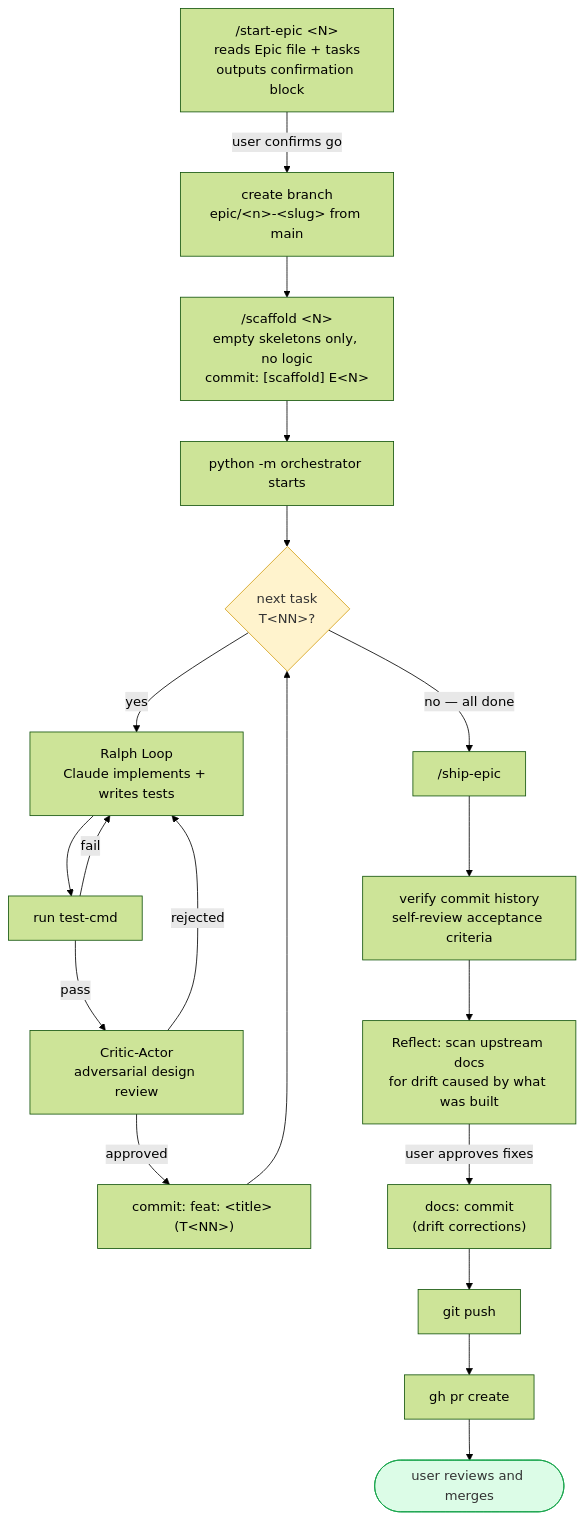
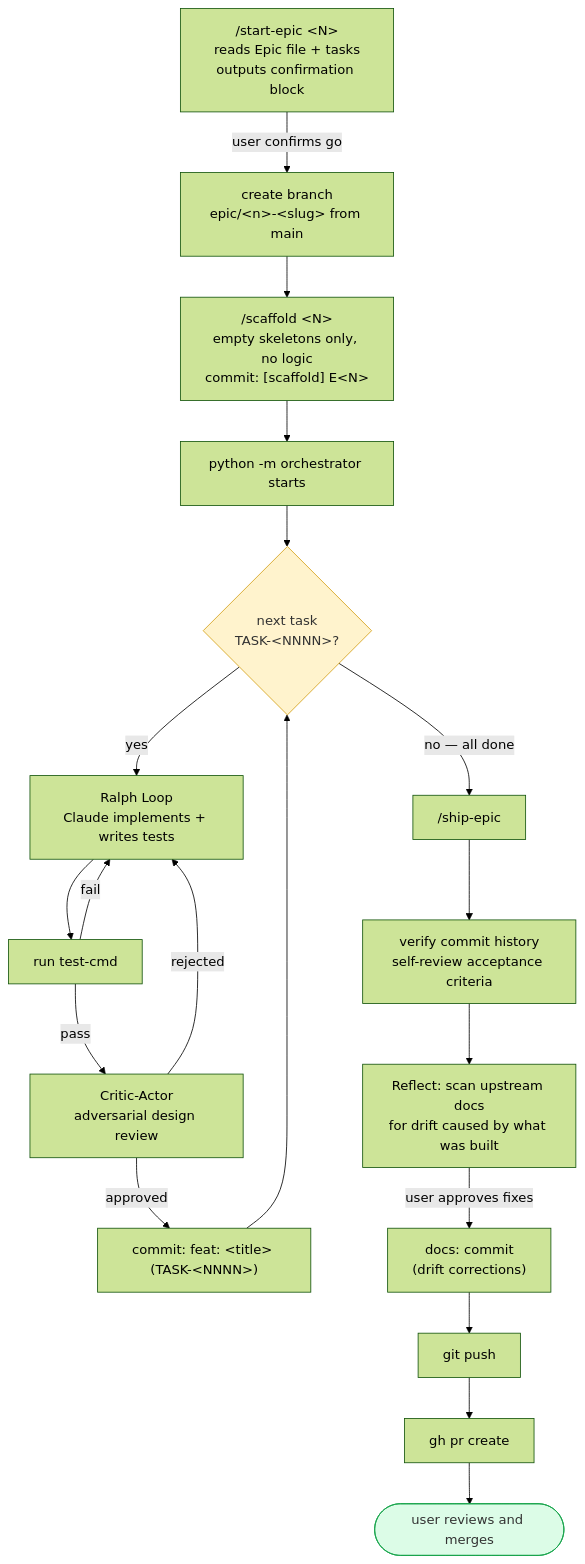
Before and after one commit to mthoatgit/project-template: the fifth of 5 diagrams in docs/workflow-overview.md, drawn with Mermaid (forest theme). The commit also changed other lines of this file and 1 other file, not shown here.

First paragraph of the commit message:
docs: sync README + workflow-overview.md to REQ-0006 flat + three-mode conventions
Sweeps documentation-level references that still pointed at the retired
docs/tasks/E<N>/T<NN>-*.md and docs/tests/epics/E<N>-*.md path shapes.

````diff
--- a/docs/workflow-overview.md
+++ b/docs/workflow-overview.md
@@ -108,26 +108,26 @@
 ```mermaid
 flowchart TD
     S1["/start-epic &lt;N&gt;<br/>reads Epic file + tasks<br/>outputs confirmation block"] -->|user confirms go| S2["create branch<br/>epic/&lt;n&gt;-&lt;slug&gt; from main"]
     S2 --> S3["/scaffold &lt;N&gt;<br/>empty skeletons only, no logic<br/>commit: [scaffold] E&lt;N&gt;"]
     S3 --> S4["python -m orchestrator starts"]
-    S4 --> Loop{"next task<br/>T&lt;NN&gt;?"}
+    S4 --> Loop{"next task<br/>TASK-&lt;NNNN&gt;?"}
     Loop -->|yes| Ralph["Ralph Loop<br/>Claude implements + writes tests"]
     Ralph --> RunTests["run test-cmd"]
     RunTests -->|fail| Ralph
     RunTests -->|pass| Critic["Critic-Actor<br/>adversarial design review"]
     Critic -->|rejected| Ralph
-    Critic -->|approved| Commit["commit: feat: &lt;title&gt; (T&lt;NN&gt;)"]
+    Critic -->|approved| Commit["commit: feat: &lt;title&gt; (TASK-&lt;NNNN&gt;)"]
     Commit --> Loop
     Loop -->|no — all done| Ship["/ship-epic"]
     Ship --> Review["verify commit history<br/>self-review acceptance criteria"]
     Review --> Reflect["Reflect: scan upstream docs<br/>for drift caused by what was built"]
     Reflect -->|user approves fixes| DriftCommit["docs: commit<br/>(drift corrections)"]
     DriftCommit --> Push["git push"]
     Push --> PRCreate["gh pr create"]
     PRCreate --> Human(["user reviews and merges"])
 
     classDef gate fill:#fff3cd,stroke:#d4a017,color:#333;
     classDef terminal fill:#dcfce7,stroke:#16a34a,color:#333;
     class Loop gate;
     class Human terminal;
 ```
````
